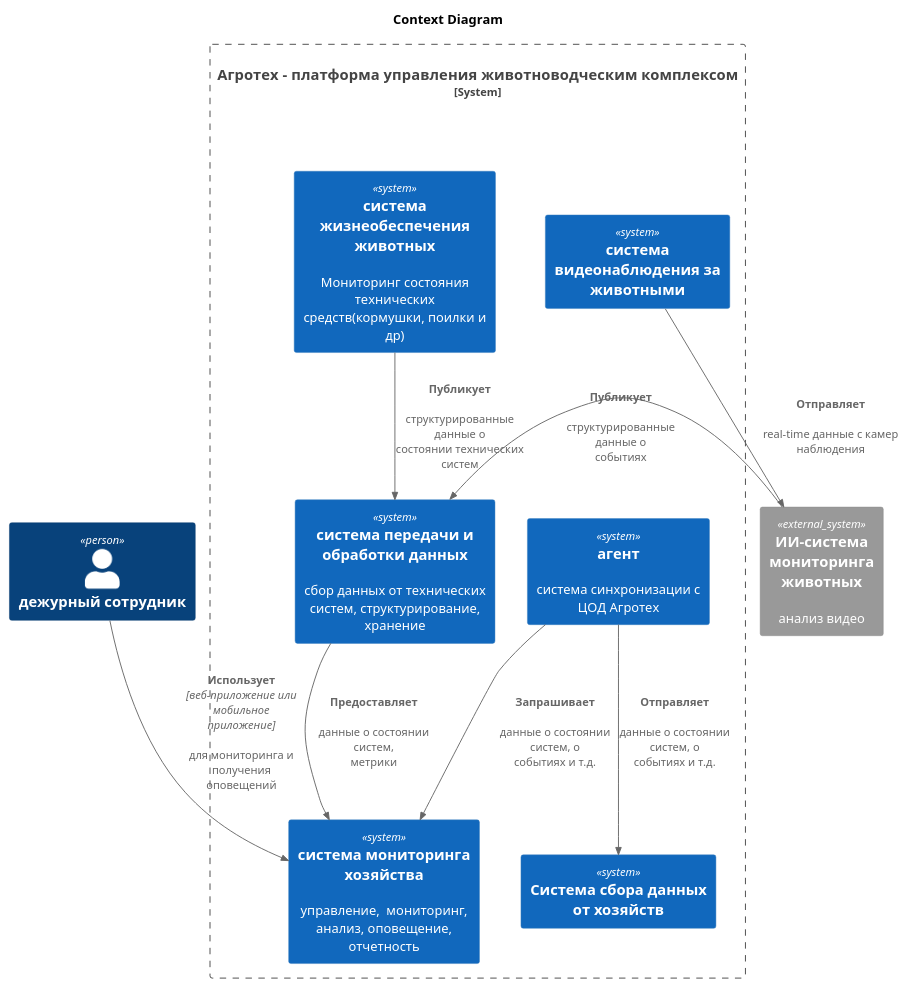
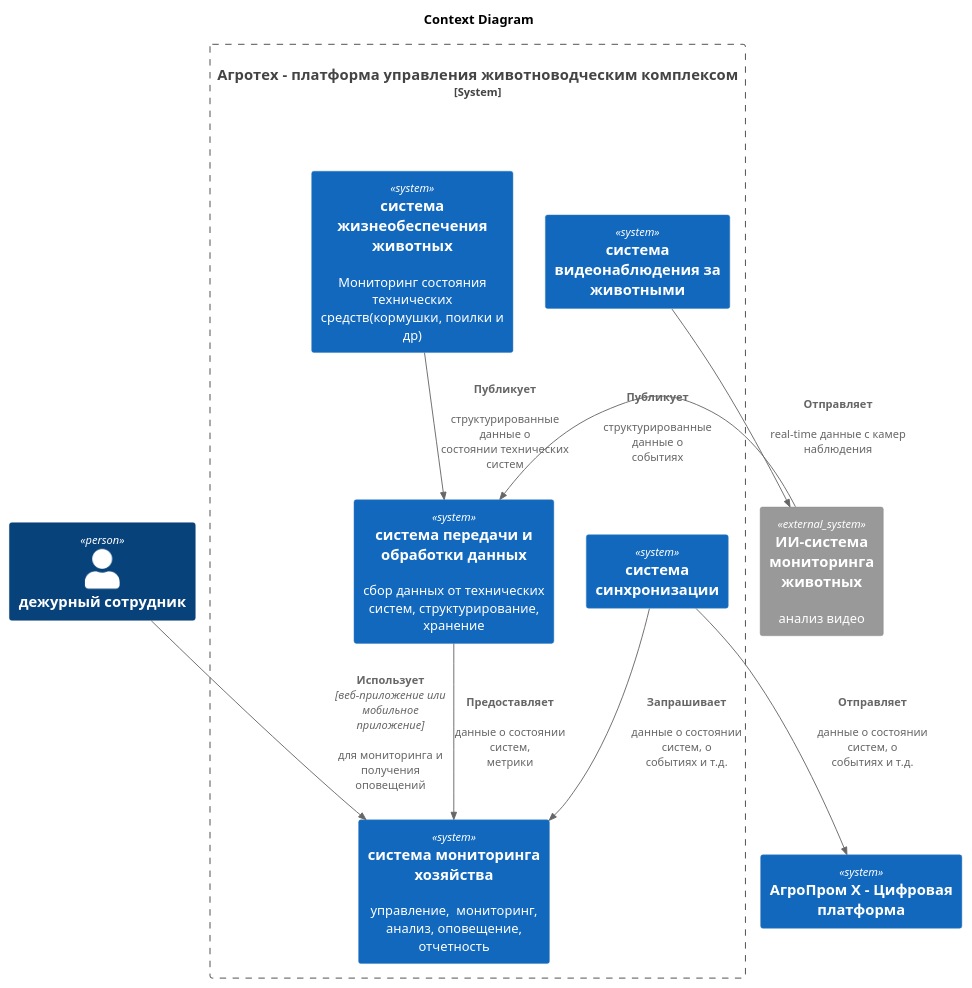
One commit to Bessolitsyn/MSA-AgroTech changed the diagram in TASK1/agrotech_v1_С1.puml. Above: the diagram before and after it, drawn with PlantUML. The commit also changed 9 other files, not shown here.

```diff
--- a/TASK1/agrotech_v1_С1.puml
+++ b/TASK1/agrotech_v1_С1.puml
@@ -1,67 +1,68 @@
-@startuml агро_V1
+@startuml агро_V1_С1
 !include https://raw.githubusercontent.com/plantuml-stdlib/C4-PlantUML/master/C4_Context.puml
 title "Context Diagram"
 'title "Платформа управления животноводческим комплексом"
 Person(сотрудник, "дежурный сотрудник")
 
 System_Boundary(платформа, "Агротех  - платформа управления животноводческим комплексом") {
     ''Нефункциональные требования
     ''обеспечивать достаточно высокую отказоустойчивость 99,95%;
     ''быть расширяемой, то есть иметь возможность разработать новый функционал без изменений существующего;
     ''иметь высокую производительность — от момента возникновения нештатной ситуации, зафиксированной с помощью видеоаналитики, должно проходить не более 5 секунд до момента оповещения;
     ''позволять системе видеоаналитики реагировать в реальном времени (миллисекунды).    
     
     System(databus, "система передачи и обработки данных", "сбор данных от технических систем, структурирование, хранение ")
     
     System(цуп, "система мониторинга хозяйства", "управление,  мониторинг, анализ, оповещение, отчетность")
     '{
         'работать даже в случае отсутствия интернета и при необходимости отправлиять уведомления дежурному сотруднику на местах мониторинга, а после восстановления связи синхронизироваться с центральной системой;
         'иметь разделение ролей и поддерживать современные способы аутентификации и авторизации;
         'иметь API для создания мобильного приложения или веб-приложения.
         'предоставлять базовые метрики для передачи в другие системы;
         'поддерживать возможность добавления собственных метрик;
 
     '}
     System(животноводство,"система жизнеобеспечения животных", "Мониторинг состояния технических средств(кормушки, поилки и др)")
     '{
         'управлять кормушками и поилками разных производителей;
         'следить за состоянием систем фильтрации воды;
 
     '}   
     System(видео,"система видеонаблюдения за животными", "") 
     '{
         'поддерживать необходимое количество видеокамер для аналитики в реальном времени от разных производителей;
     '}       
     
-    System(agent, "агент", "система синхронизации с ЦОД Агротех")
+    System(agent, "система синхронизации", "")
     '{
         'быть построена по принципу «центральный сервер — агенты» на конкретных фермах без ограничения количества таких агентов (в синхронизации между агентами и центральным сервером допускается задержка до 10 минут без учёта проблем со связью);
     '} 
-    System(collector, "Система сбора данных от хозяйств")
 }
+    System(платформаX, "АгроПром Х - Цифровая платформа")
+    
     System_Ext(ai, "ИИ-система мониторинга животных", "анализ видео") 
     'Готовую нейросетевую модель предоставят партнёры.
     '{ 
         'фиксировать признаки беспокойного поведения или драк среди животных и оповещать оператора;
         'фиксировать признаки задавливания поросят;
         'оценивать состояние животных по внешнему виду и поведению: болезнь, гибель, беспокойство и так далее;
         'пересчитывать поголовье;
         'делать пересчёт животных;
     '}
     
 
 
 
 Rel(видео, ai, "Отправляет", "", "real-time данные с камер наблюдения") 
 Rel(ai, databus, "Публикует", "", "структурированные данные о событиях")
 Rel(сотрудник, цуп, "Использует", "веб-приложение или мобильное приложение", "для мониторинга и получения оповещений")
 Rel(databus, цуп, "Предоставляет", "", "данные о состоянии систем, метрики") 
 Rel(животноводство, databus, "Публикует", "", "структурированные данные о состоянии технических систем") 
 Rel(agent, цуп, "Запрашивает","","данные о состоянии систем, о событиях и т.д.")
-Rel(agent, collector, "Отправляет","","данные о состоянии систем, о событиях и т.д.")
+Rel(agent, платформаX, "Отправляет","","данные о состоянии систем, о событиях и т.д.")
 
 
      
 
 
 @enduml
```
